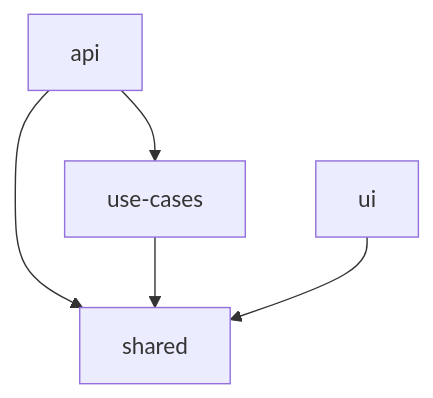
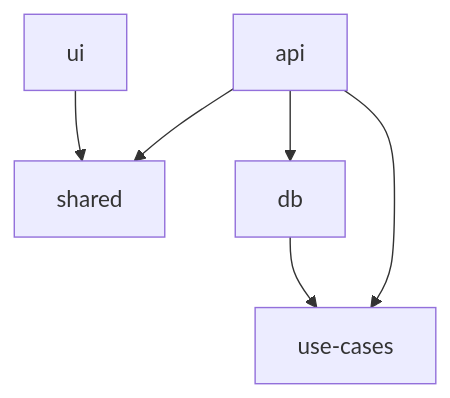
One commit to ydarias/my-management-system changed the diagram in CLAUDE.MD. Above: the diagram before and after it, drawn with Mermaid. The commit also changed other lines of this file, not shown here.

````diff
--- a/CLAUDE.MD
+++ b/CLAUDE.MD
@@ -56,7 +57,8 @@
 ```mermaid
 flowchart TD
     api --> use-cases
     api --> shared
-    use-cases --> shared
+    api --> db
+    db --> use-cases
     ui --> shared
 ```
````
